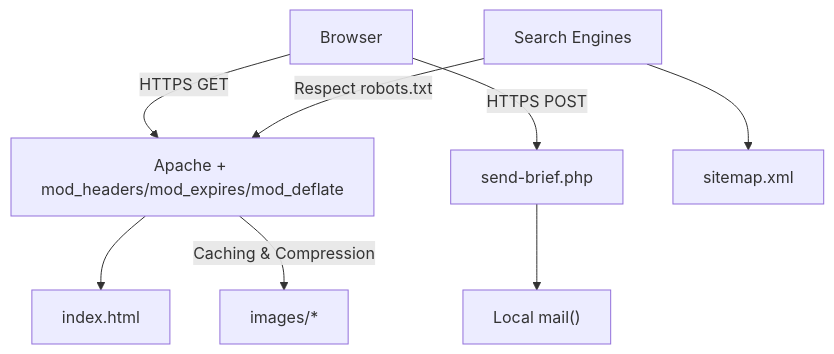
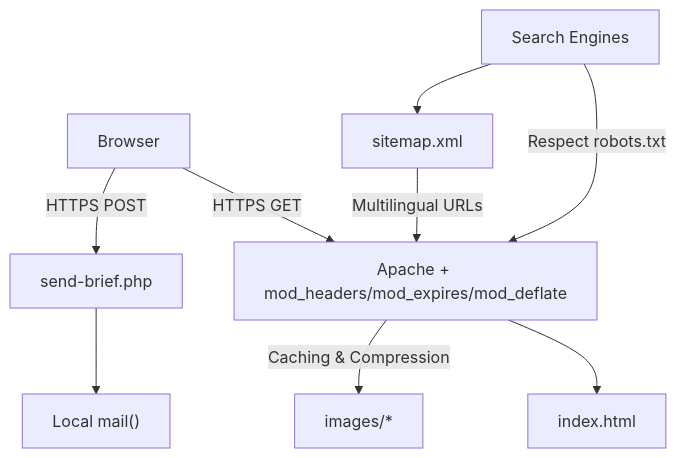
The first of 3 diagrams in .qoder/repowiki/en/content/Deployment Checklist.md (Vostrikov2014/emoo), drawn with Mermaid before and after one commit. The commit also changed other lines of this file and 14 other files, not shown here.

````diff
--- a/.qoder/repowiki/en/content/Deployment Checklist.md
+++ b/.qoder/repowiki/en/content/Deployment Checklist.md
@@ -37,10 +45,11 @@
 ```mermaid
 graph TB
 Client["Browser"] --> |HTTPS GET| Web["Apache + mod_headers/mod_expires/mod_deflate"]
 Web --> Static["index.html"]
 Client --> |HTTPS POST| Handler["send-brief.php"]
 Handler --> Mail["Local mail()"]
 Web --> |Caching & Compression| Assets["images/*"]
 SearchEngines["Search Engines"] --> |Respect robots.txt| Web
 SearchEngines --> Sitemap["sitemap.xml"]
+Sitemap --> |Multilingual URLs| Web
 ```
````
